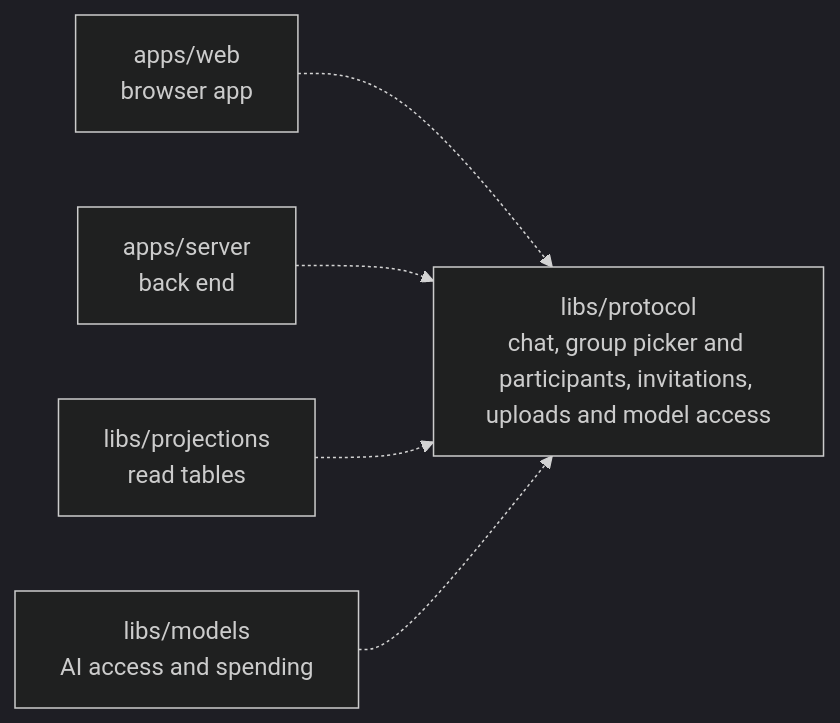
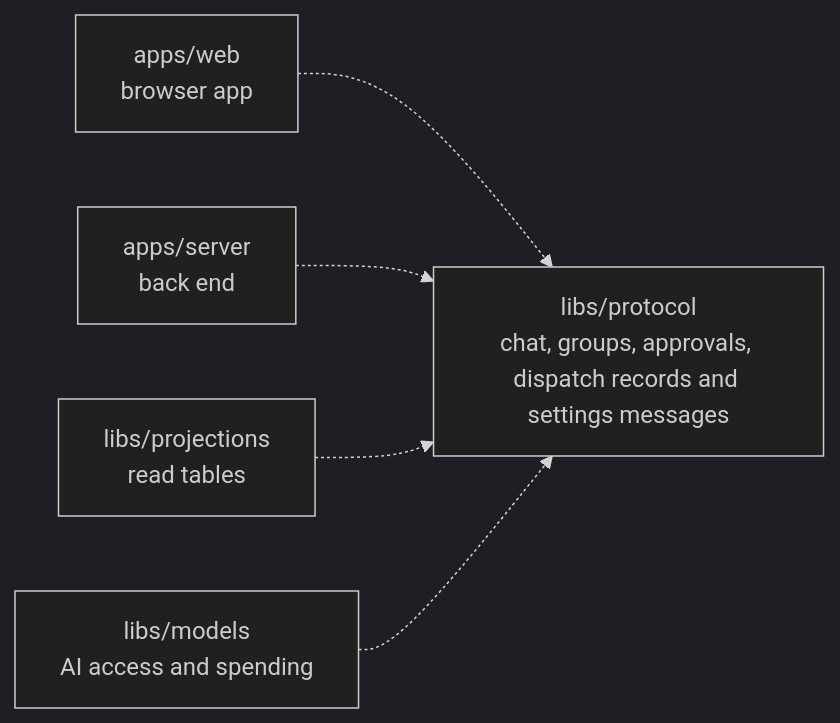
One commit to elewa-git/opencrane-new changed the diagram in libs/protocol/README.md. Above: the diagram before and after it, drawn with Mermaid (dark theme). The commit also changed other lines of this file and 37 other files, not shown here.

````diff
--- a/libs/protocol/README.md
+++ b/libs/protocol/README.md
@@ -11,7 +11,7 @@
 ```mermaid
 flowchart LR
-  web["apps/web<br/>browser app"] -.-> protocol["libs/protocol<br/>chat, group picker and participants, invitations, uploads and model access"]
+  web["apps/web<br/>browser app"] -.-> protocol["libs/protocol<br/>chat, groups, approvals, dispatch records and settings messages"]
   server["apps/server<br/>back end"] -.-> protocol
   projections["libs/projections<br/>read tables"] -.-> protocol
   models["libs/models<br/>AI access and spending"] -.-> protocol
 ```
````
